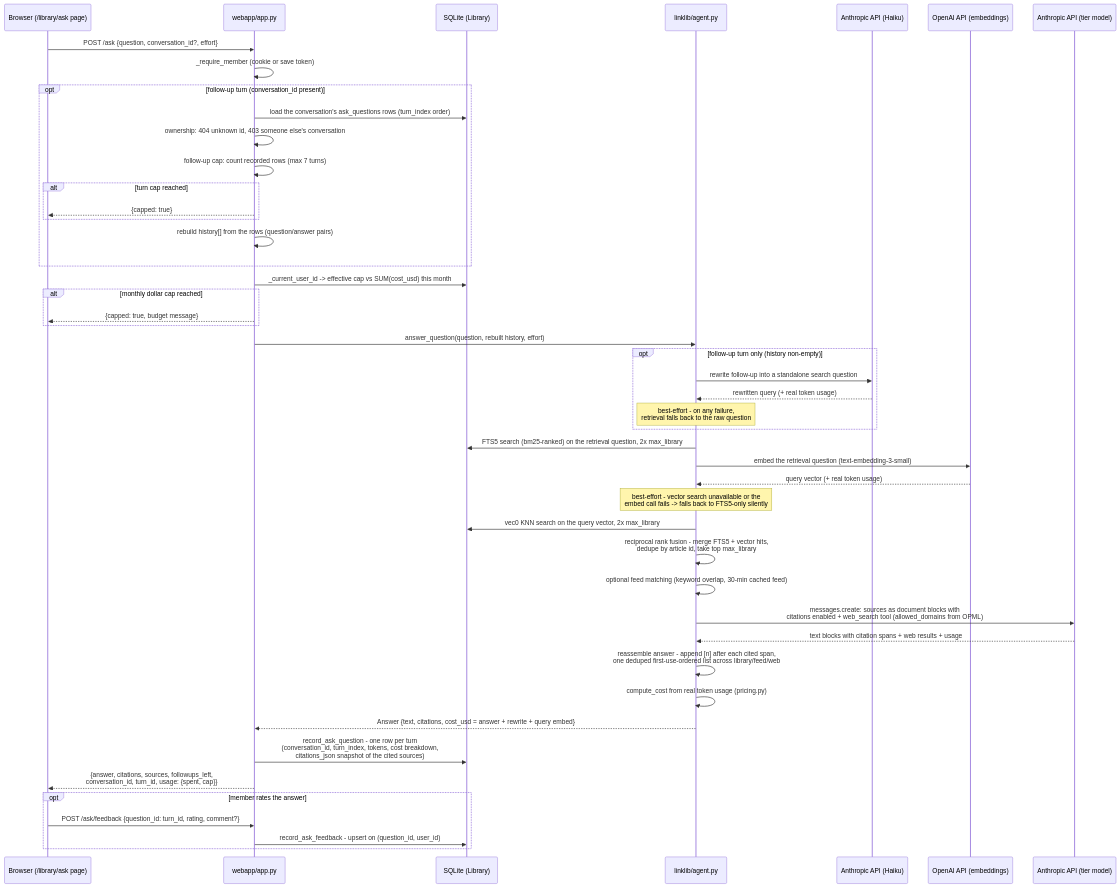
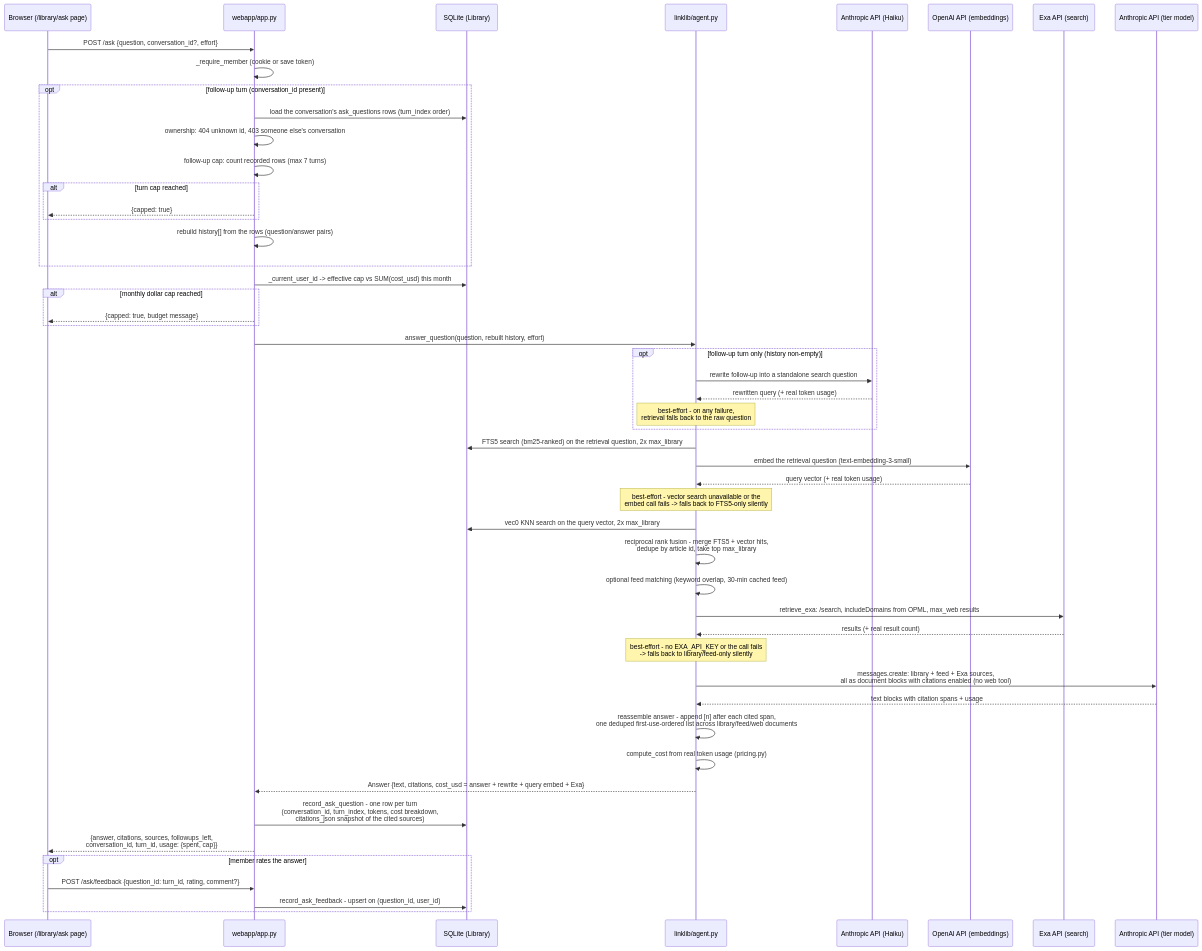
Before and after one commit to bmweis/cfo-navigator: the third of 3 diagrams in ARCHITECTURE.md, drawn with Mermaid. The commit also changed other lines of this file and 6 other files, not shown here.

First line of the commit message:
Replace web_search_20250305 with Exa retrieval for FP&A Buddy (Phase 2)

````diff
--- a/ARCHITECTURE.md
+++ b/ARCHITECTURE.md
@@ -1038,50 +1043,54 @@
 ```mermaid
 sequenceDiagram
     participant B as Browser (/library/ask page)
     participant W as webapp/app.py
     participant DB as SQLite (Library)
     participant AG as linklib/agent.py
     participant H as Anthropic API (Haiku)
     participant O as OpenAI API (embeddings)
+    participant X as Exa API (search)
     participant C as Anthropic API (tier model)
 
     B->>W: POST /ask {question, conversation_id?, effort}
     W->>W: _require_member (cookie or save token)
     opt follow-up turn (conversation_id present)
         W->>DB: load the conversation's ask_questions rows (turn_index order)
         W->>W: ownership: 404 unknown id, 403 someone else's conversation
         W->>W: follow-up cap: count recorded rows (max 7 turns)
         alt turn cap reached
             W-->>B: {capped: true}
         end
         W->>W: rebuild history[] from the rows (question/answer pairs)
     end
     W->>DB: _current_user_id -> effective cap vs SUM(cost_usd) this month
     alt monthly dollar cap reached
         W-->>B: {capped: true, budget message}
     end
     W->>AG: answer_question(question, rebuilt history, effort)
     opt follow-up turn only (history non-empty)
         AG->>H: rewrite follow-up into a standalone search question
         H-->>AG: rewritten query (+ real token usage)
         Note over AG: best-effort - on any failure,<br/>retrieval falls back to the raw question
     end
     AG->>DB: FTS5 search (bm25-ranked) on the retrieval question, 2x max_library
     AG->>O: embed the retrieval question (text-embedding-3-small)
     O-->>AG: query vector (+ real token usage)
     Note over AG: best-effort - vector search unavailable or the<br/>embed call fails -> falls back to FTS5-only silently
     AG->>DB: vec0 KNN search on the query vector, 2x max_library
     AG->>AG: reciprocal rank fusion - merge FTS5 + vector hits,<br/>dedupe by article id, take top max_library
     AG->>AG: optional feed matching (keyword overlap, 30-min cached feed)
-    AG->>C: messages.create: sources as document blocks with<br/>citations enabled + web_search tool (allowed_domains from OPML)
-    C-->>AG: text blocks with citation spans + web results + usage
-    AG->>AG: reassemble answer - append [n] after each cited span,<br/>one deduped first-use-ordered list across library/feed/web
+    AG->>X: retrieve_exa: /search, includeDomains from OPML, max_web results
+    X-->>AG: results (+ real result count)
+    Note over AG: best-effort - no EXA_API_KEY or the call fails<br/>-> falls back to library/feed-only silently
+    AG->>C: messages.create: library + feed + Exa sources,<br/>all as document blocks with citations enabled (no web tool)
+    C-->>AG: text blocks with citation spans + usage
+    AG->>AG: reassemble answer - append [n] after each cited span,<br/>one deduped first-use-ordered list across library/feed/web documents
     AG->>AG: compute_cost from real token usage (pricing.py)
-    AG-->>W: Answer {text, citations, cost_usd = answer + rewrite + query embed}
+    AG-->>W: Answer {text, citations, cost_usd = answer + rewrite + query embed + Exa}
     W->>DB: record_ask_question - one row per turn<br/>(conversation_id, turn_index, tokens, cost breakdown,<br/>citations_json snapshot of the cited sources)
     W-->>B: {answer, citations, sources, followups_left,<br/>conversation_id, turn_id, usage: {spent, cap}}
     opt member rates the answer
         B->>W: POST /ask/feedback {question_id: turn_id, rating, comment?}
         W->>DB: record_ask_feedback - upsert on (question_id, user_id)
     end
 ```
````
